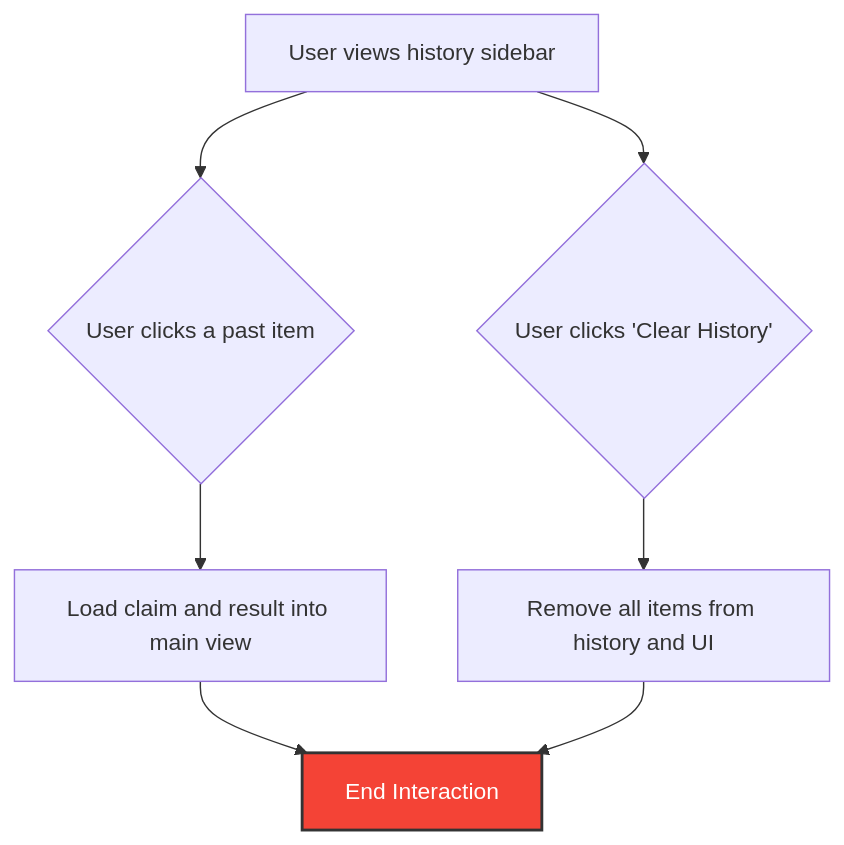
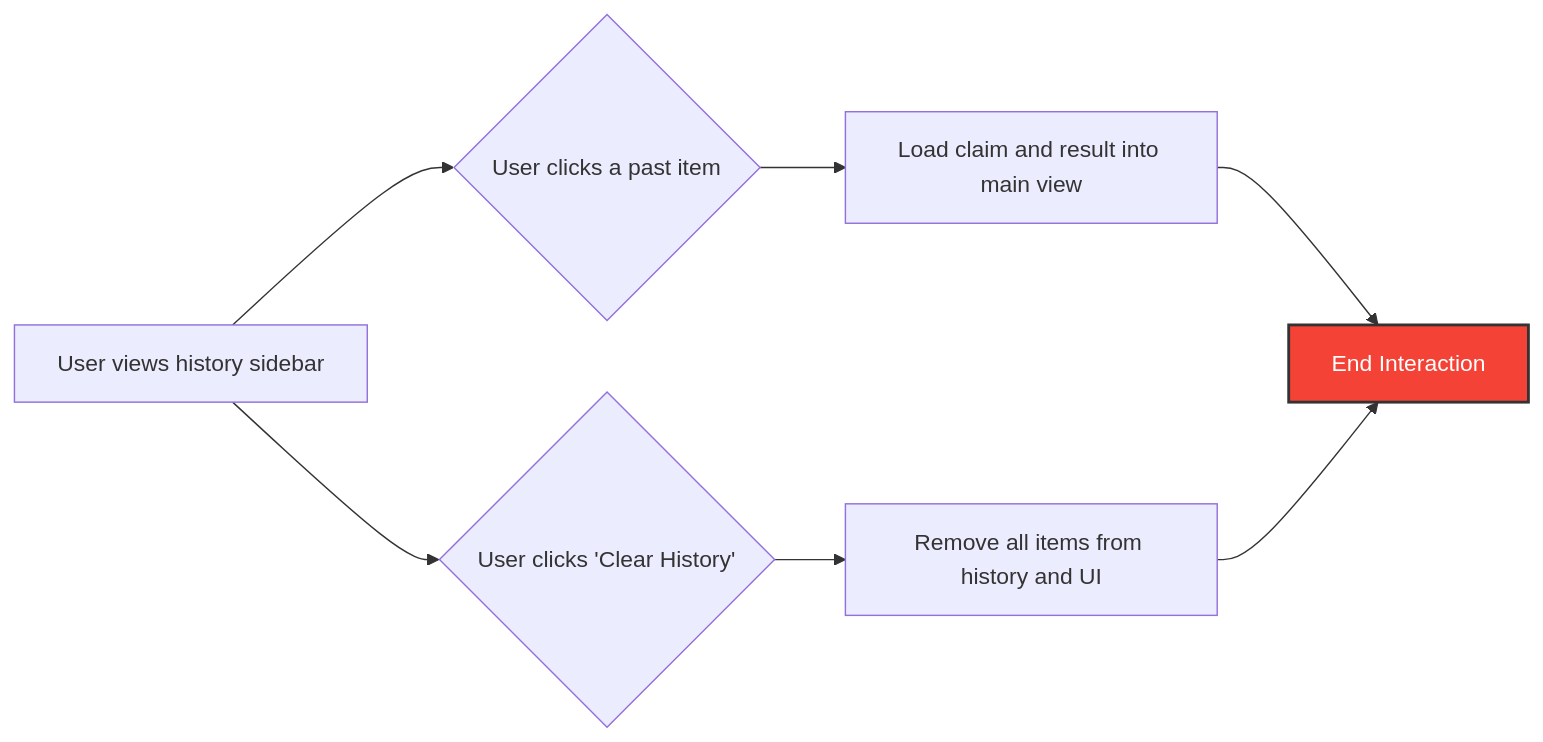
Before and after one commit to abhivickyvyas/gemini-fact-checker: the second of 2 diagrams in readme/flow.md, drawn with Mermaid. The commit also changed other lines of this file and 1 other file, not shown here.

First line of the commit message:
docs: Update flow diagrams in READMEs

````diff
--- a/readme/flow.md
+++ b/readme/flow.md
@@ -36,11 +36,11 @@
 ```mermaid
-graph TD
+graph LR
     N[User views history sidebar] --> O{User clicks a past item};
     O --> P[Load claim and result into main view];
     P --> Q[End Interaction];
     N --> R{User clicks 'Clear History'};
     R --> S[Remove all items from history and UI];
     S --> Q;
 
     style Q fill:#F44336,stroke:#333,stroke-width:2px,color:white;
 ```
````
